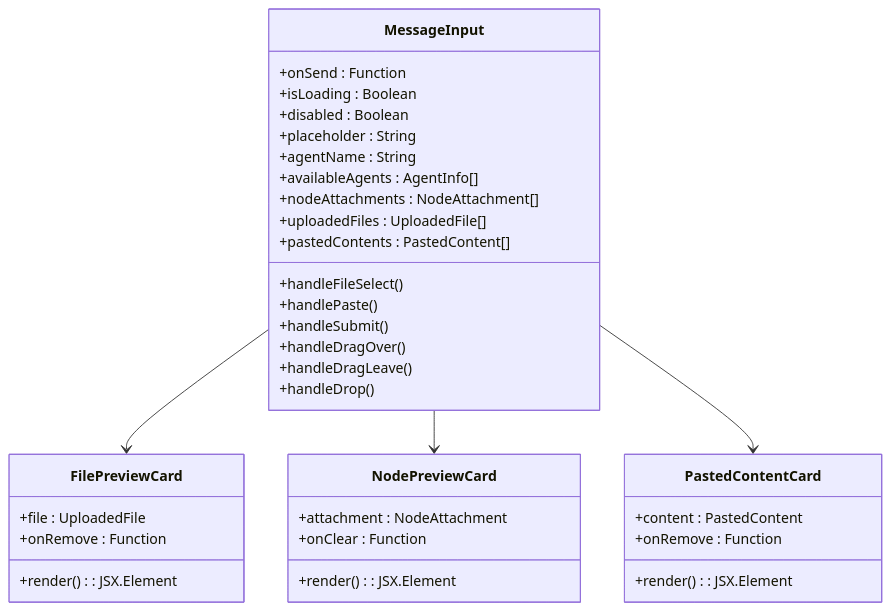
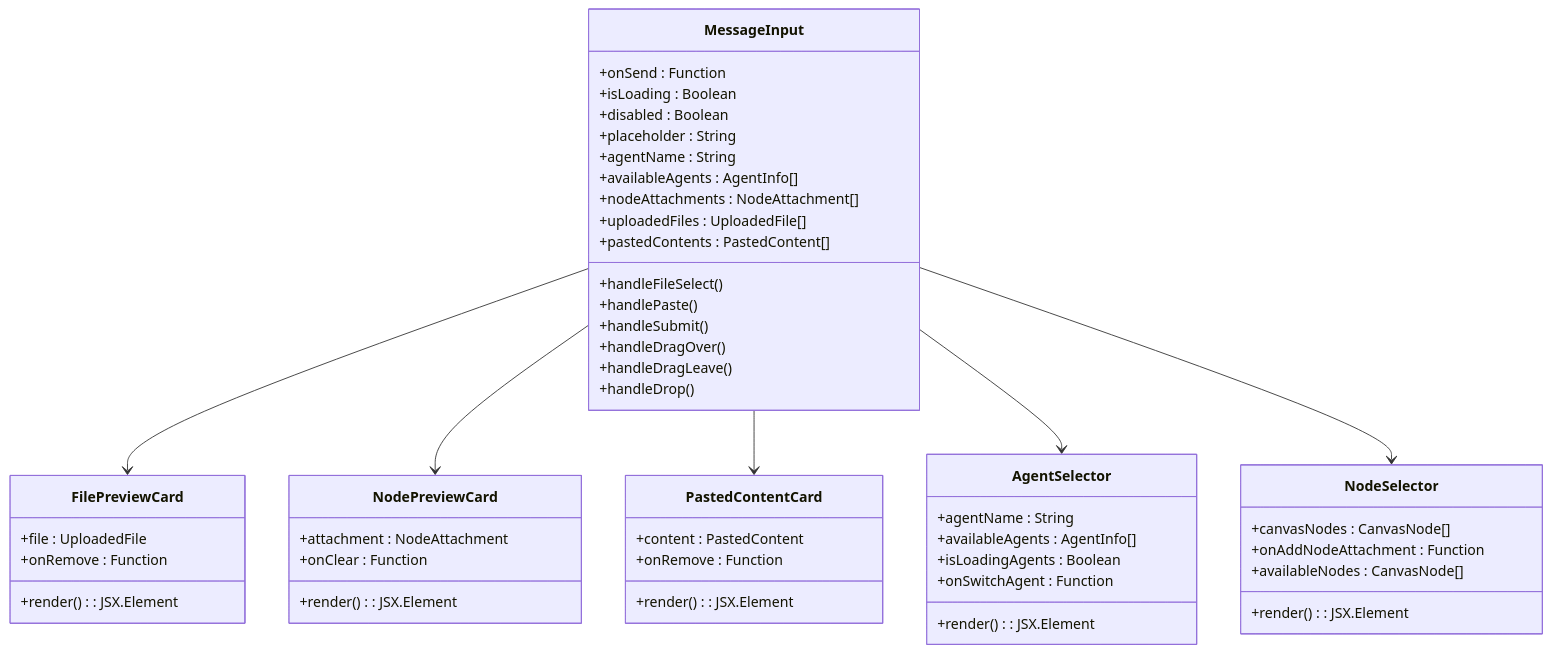
One commit to KunLabAI/KunFlix changed the second of 12 diagrams in .qoder/repowiki/zh/content/前端组件系统/AI助手组件/输入组件/增强的消息输入组件.md. Above: the diagram before and after it, drawn with Mermaid. The commit also changed other lines of this file and 12 other files, not shown here.

````diff
--- a/.qoder/repowiki/zh/content/前端组件系统/AI助手组件/输入组件/增强的消息输入组件.md
+++ b/.qoder/repowiki/zh/content/前端组件系统/AI助手组件/输入组件/增强的消息输入组件.md
@@ -82,38 +92,53 @@
 ```mermaid
 classDiagram
 class MessageInput {
 +onSend : Function
 +isLoading : Boolean
 +disabled : Boolean
 +placeholder : String
 +agentName : String
 +availableAgents : AgentInfo[]
 +nodeAttachments : NodeAttachment[]
 +uploadedFiles : UploadedFile[]
 +pastedContents : PastedContent[]
 +handleFileSelect()
 +handlePaste()
 +handleSubmit()
 +handleDragOver()
 +handleDragLeave()
 +handleDrop()
 }
 class FilePreviewCard {
 +file : UploadedFile
 +onRemove : Function
 +render() : JSX.Element
 }
 class NodePreviewCard {
 +attachment : NodeAttachment
 +onClear : Function
 +render() : JSX.Element
 }
 class PastedContentCard {
 +content : PastedContent
 +onRemove : Function
 +render() : JSX.Element
 }
+class AgentSelector {
++agentName : String
++availableAgents : AgentInfo[]
++isLoadingAgents : Boolean
++onSwitchAgent : Function
++render() : JSX.Element
+}
+class NodeSelector {
++canvasNodes : CanvasNode[]
++onAddNodeAttachment : Function
++availableNodes : CanvasNode[]
++render() : JSX.Element
+}
 MessageInput --> FilePreviewCard
 MessageInput --> NodePreviewCard
 MessageInput --> PastedContentCard
+MessageInput --> AgentSelector
+MessageInput --> NodeSelector
 ```
````
